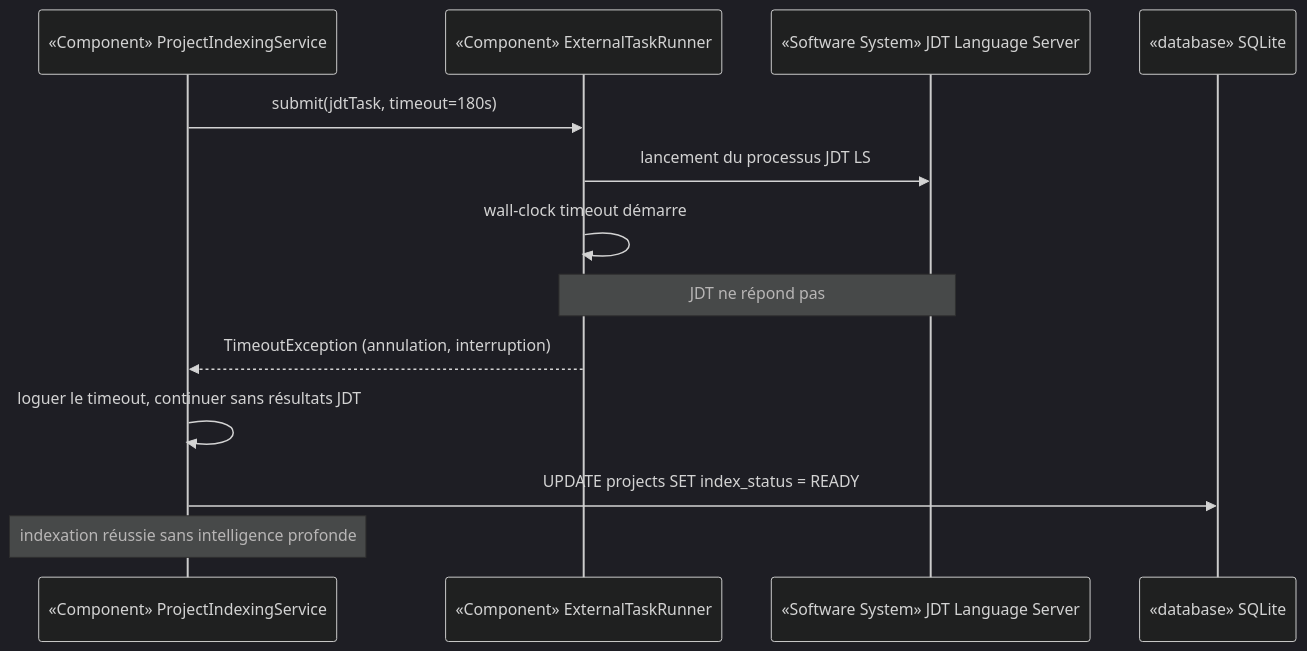
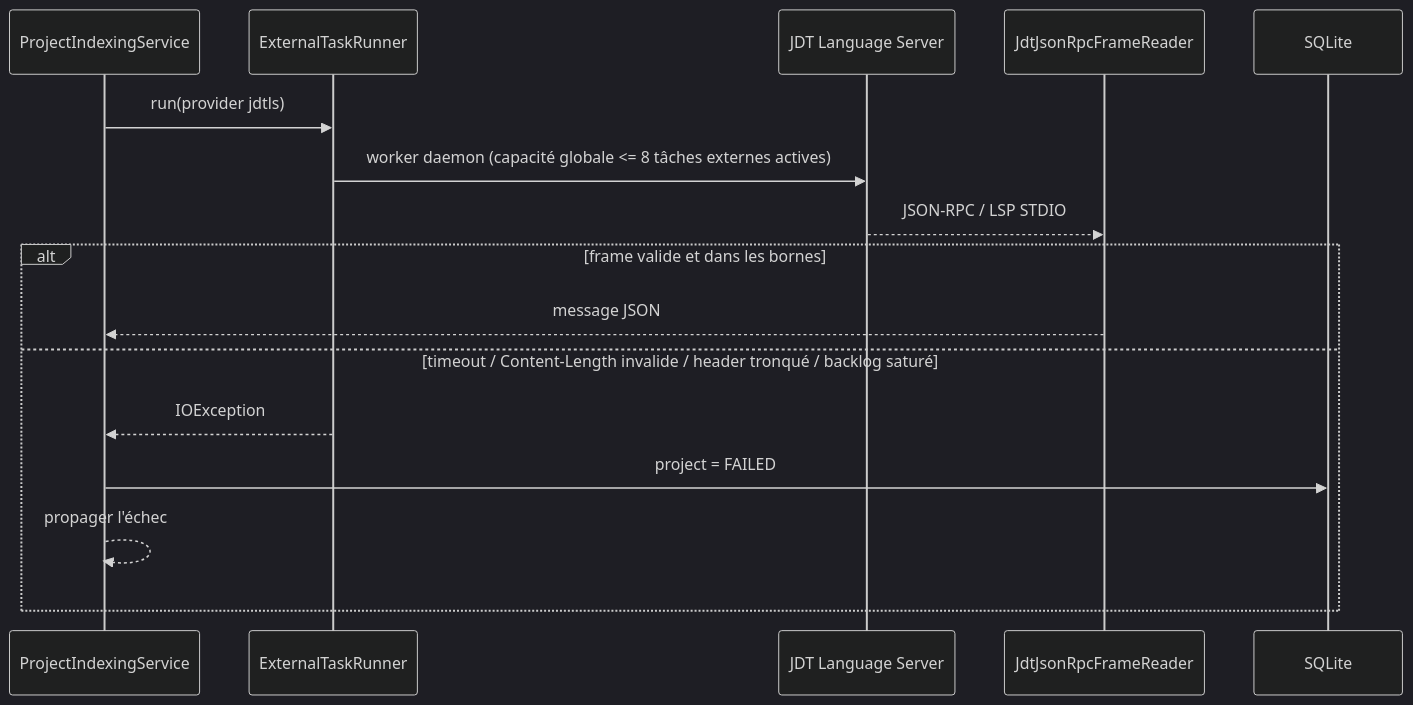
One commit to FTurleque/nexus-context-engine changed the fourth of 8 diagrams in docs/architecture/arc42/06-vue-execution.md. Above: the diagram before and after it, drawn with Mermaid (dark theme). The commit also changed other lines of this file and 21 other files, not shown here.

````diff
--- a/docs/architecture/arc42/06-vue-execution.md
+++ b/docs/architecture/arc42/06-vue-execution.md
@@ -139,16 +115,19 @@
 ```mermaid
 sequenceDiagram
-    participant IndexSvc as «Component» ProjectIndexingService
-    participant Runner as «Component» ExternalTaskRunner
-    participant JDT as «Software System» JDT Language Server
-    participant SQLiteDB as «database» SQLite
+    participant Index as ProjectIndexingService
+    participant Runner as ExternalTaskRunner
+    participant JDT as JDT Language Server
+    participant Frame as JdtJsonRpcFrameReader
+    participant SQLite as SQLite
 
-    IndexSvc->>Runner: submit(jdtTask, timeout=180s)
-    Runner->>JDT: lancement du processus JDT LS
-    Runner->>Runner: wall-clock timeout démarre
-    Note over Runner,JDT: JDT ne répond pas
-    Runner-->>IndexSvc: TimeoutException (annulation, interruption)
-    IndexSvc->>IndexSvc: loguer le timeout, continuer sans résultats JDT
-    IndexSvc->>SQLiteDB: UPDATE projects SET index_status = READY
-    Note over IndexSvc: indexation réussie sans intelligence profonde
+    Index->>Runner: run(provider jdtls)
+    Runner->>JDT: worker daemon (capacité globale <= 8 tâches externes actives)
+    JDT-->>Frame: JSON-RPC / LSP STDIO
+    alt frame valide et dans les bornes
+        Frame-->>Index: message JSON
+    else timeout / Content-Length invalide / header tronqué / backlog saturé
+        Runner-->>Index: IOException
+        Index->>SQLite: project = FAILED
+        Index-->>Index: propager l'échec
+    end
 ```
````
